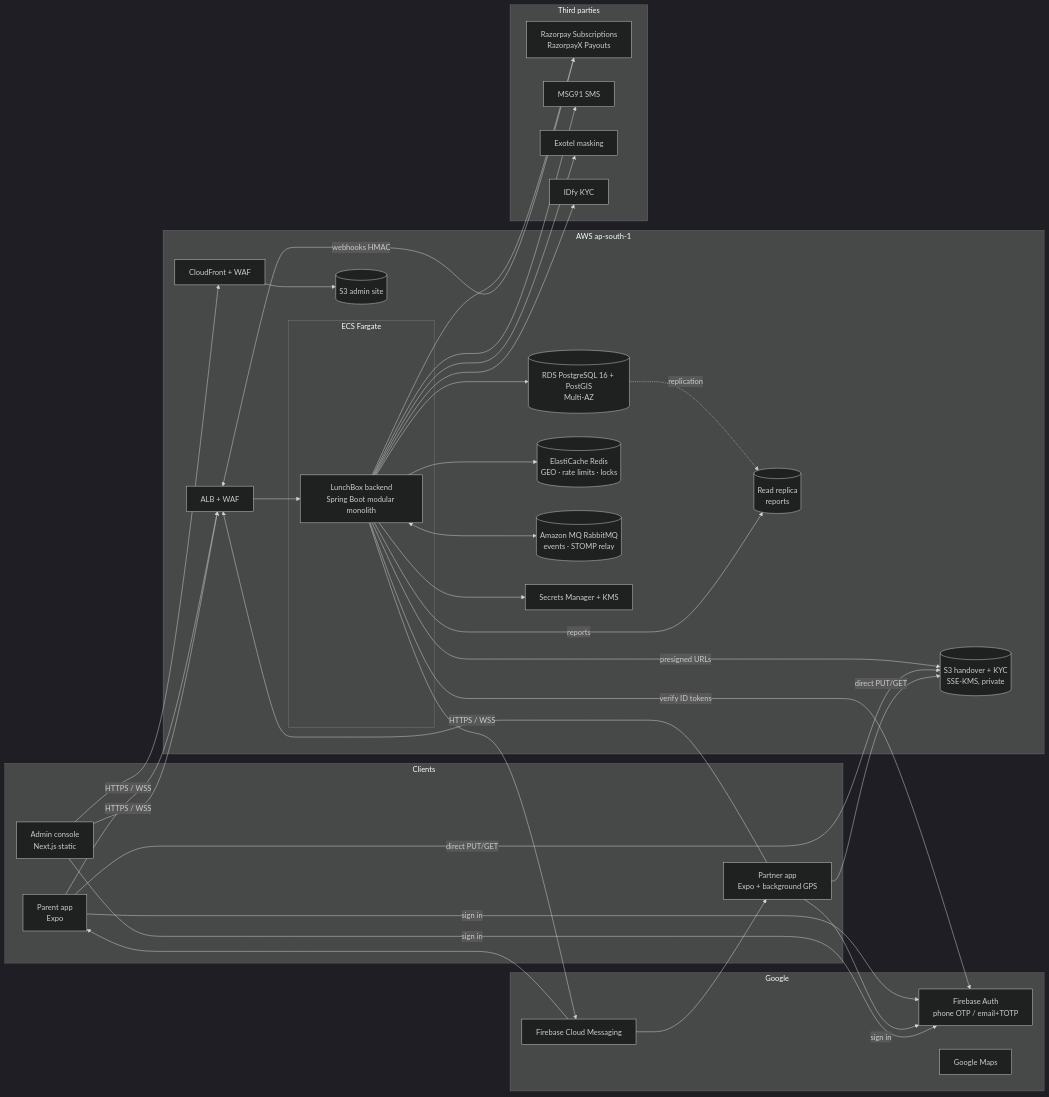
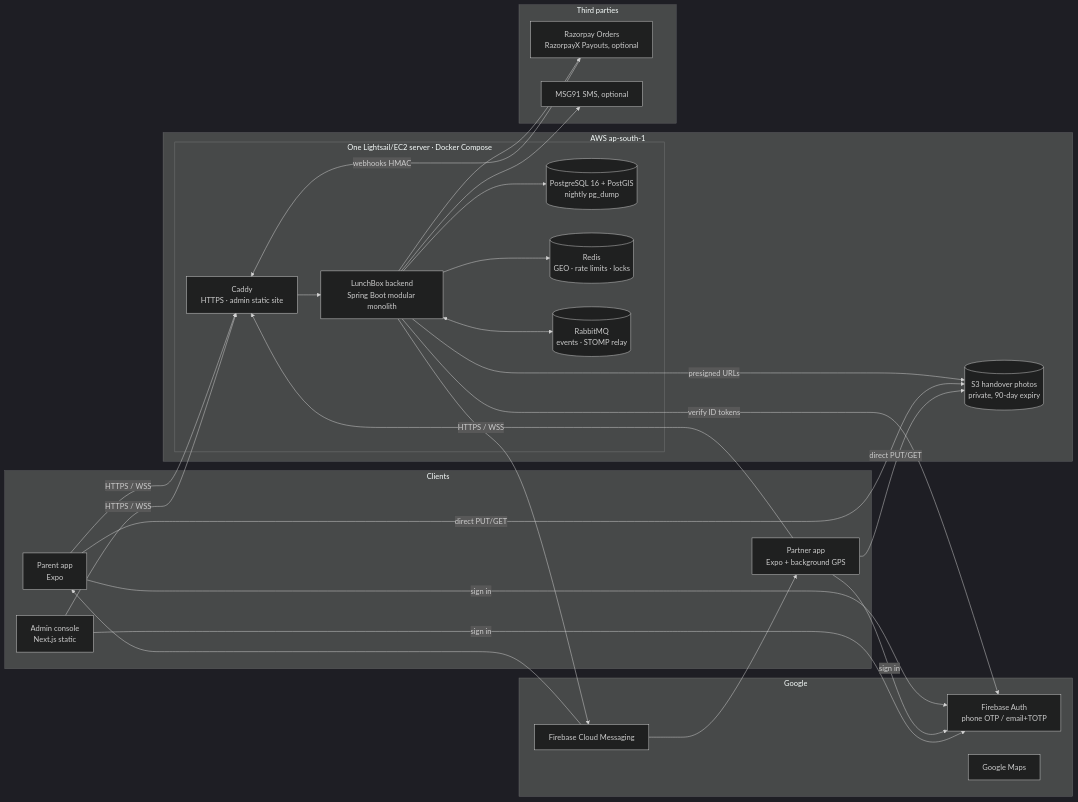
Before and after one commit to Bhargavvz/LunchBox: the first of 3 diagrams in docs/architecture.md, drawn with Mermaid (dark theme). The commit also changed other lines of this file and 37 other files, not shown here.

First line of the commit message:
build(deploy)!: replace Terraform and ECS with one Docker Compose server

````diff
--- a/docs/architecture.md
+++ b/docs/architecture.md
@@ -5,48 +5,38 @@
 ```mermaid
 flowchart LR
     subgraph Clients
         P[Parent app<br/>Expo]
         D[Partner app<br/>Expo + background GPS]
         A[Admin console<br/>Next.js static]
     end
     subgraph Google
         FA[Firebase Auth<br/>phone OTP / email+TOTP]
         FCM[Firebase Cloud Messaging]
         GM[Google Maps]
     end
     subgraph AWS ap-south-1
-        CF[CloudFront + WAF] --> S3A[(S3 admin site)]
-        ALB[ALB + WAF]
-        subgraph ECS Fargate
+        subgraph Server[One Lightsail/EC2 server · Docker Compose]
+            CADDY[Caddy<br/>HTTPS · admin static site]
             API[LunchBox backend<br/>Spring Boot modular monolith]
+            PG[(PostgreSQL 16 + PostGIS<br/>nightly pg_dump)]
+            RDC[(Redis<br/>GEO · rate limits · locks)]
+            MQ[(RabbitMQ<br/>events · STOMP relay)]
         end
-        RDS[(RDS PostgreSQL 16 + PostGIS<br/>Multi-AZ)]
-        RR[(Read replica<br/>reports)]
-        RDC[(ElastiCache Redis<br/>GEO · rate limits · locks)]
-        MQ[(Amazon MQ RabbitMQ<br/>events · STOMP relay)]
-        S3[(S3 handover + KYC<br/>SSE-KMS, private)]
-        SM[Secrets Manager + KMS]
+        S3[(S3 handover photos<br/>private, 90-day expiry)]
     end
     subgraph Third parties
-        RZ[Razorpay Subscriptions<br/>RazorpayX Payouts]
-        MSG[MSG91 SMS]
-        EX[Exotel masking]
-        IDF[IDfy KYC]
+        RZ[Razorpay Orders<br/>RazorpayX Payouts, optional]
+        MSG[MSG91 SMS, optional]
     end
-    P & D -- HTTPS / WSS --> ALB --> API
-    A --> CF
-    A -- HTTPS / WSS --> ALB
+    P & D & A -- HTTPS / WSS --> CADDY --> API
     P & D & A -- sign in --> FA
     API -- verify ID tokens --> FA
     API --> FCM --> P & D
-    API --> RDS
-    RDS -. replication .-> RR
-    API -- reports --> RR
+    API --> PG
     API --> RDC
     API <--> MQ
     API -- presigned URLs --> S3
     P & D -- direct PUT/GET --> S3
-    API --> RZ & MSG & EX & IDF
-    RZ -- webhooks HMAC --> ALB
-    API --> SM
+    API --> RZ & MSG
+    RZ -- webhooks HMAC --> CADDY
 ```
````
